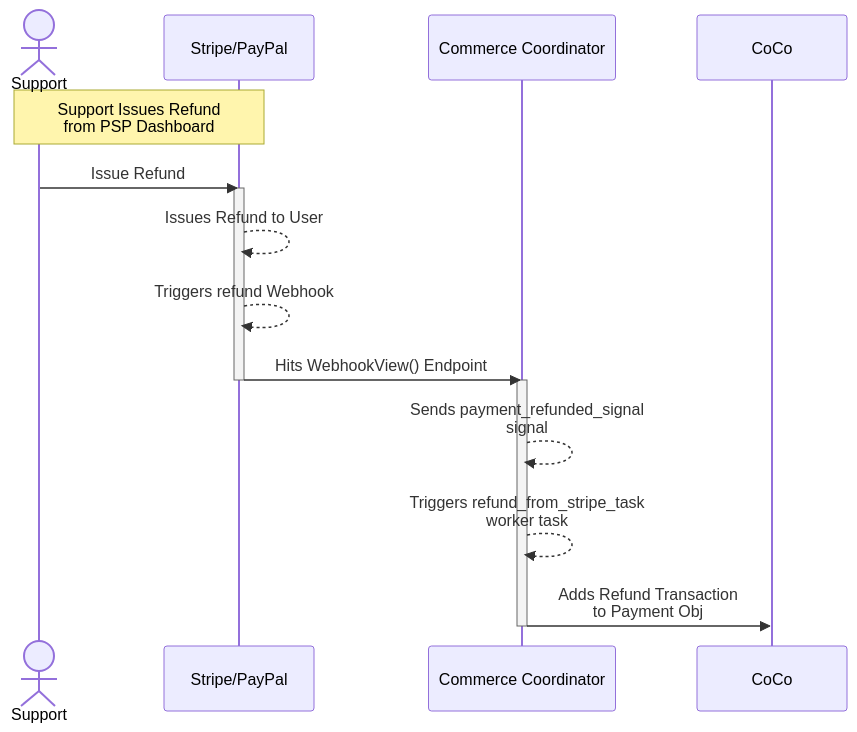
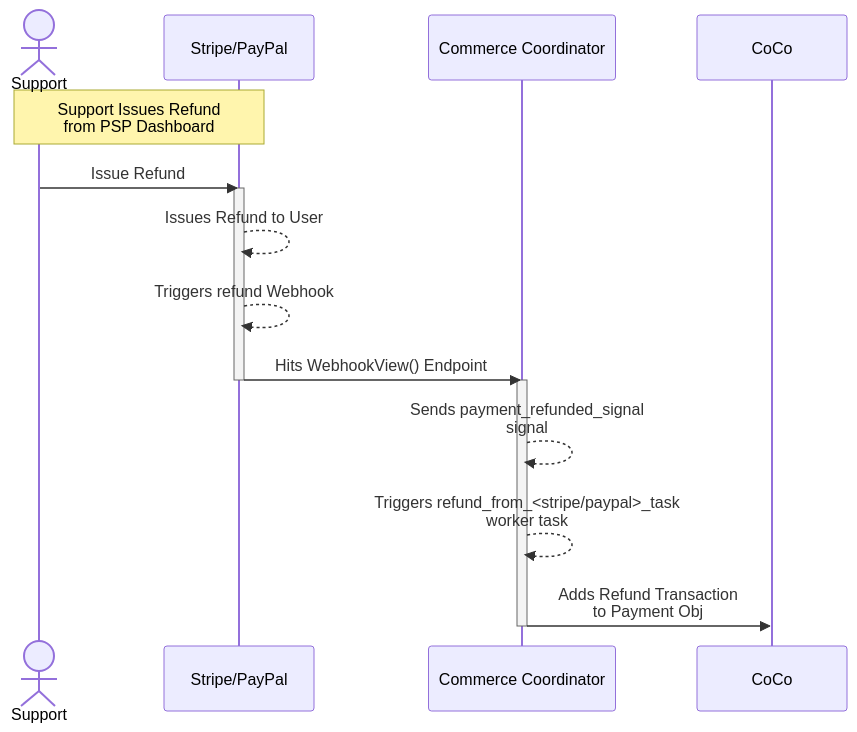
The diagram in docs/arch-diagrams/webhook-refunds.mmd (edx/commerce-coordinator), drawn with Mermaid before and after one commit.

Commit message:
feat: add refunds diagrams

```diff
--- a/docs/arch-diagrams/webhook-refunds.mmd
+++ b/docs/arch-diagrams/webhook-refunds.mmd
@@ -1,17 +1,17 @@
 sequenceDiagram
     actor Support
     participant PSP as Stripe/PayPal
     participant CC as Commerce Coordinator
     participant CoCo
     note over Support, PSP: Support Issues Refund<br>from PSP Dashboard
     Support ->> PSP: Issue Refund
     activate PSP
     PSP -->> PSP: Issues Refund to User
     PSP -->> PSP: Triggers refund Webhook
     PSP ->> CC: Hits WebhookView() Endpoint
     deactivate PSP
     activate CC
     CC -->> CC: Sends payment_refunded_signal<br> signal
-    CC -->> CC: Triggers refund_from_stripe_task<br> worker task
+    CC -->> CC: Triggers refund_from_<stripe/paypal>_task<br> worker task
     CC ->> CoCo: Adds Refund Transaction<br> to Payment Obj
     deactivate CC
```
